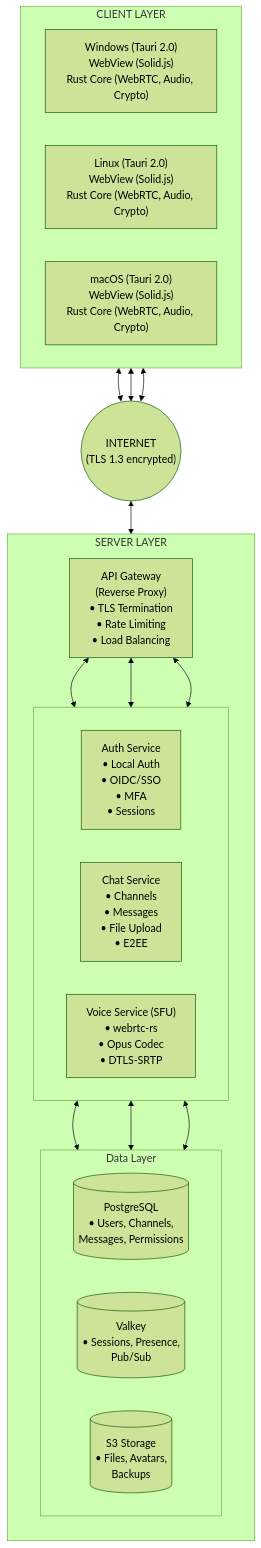
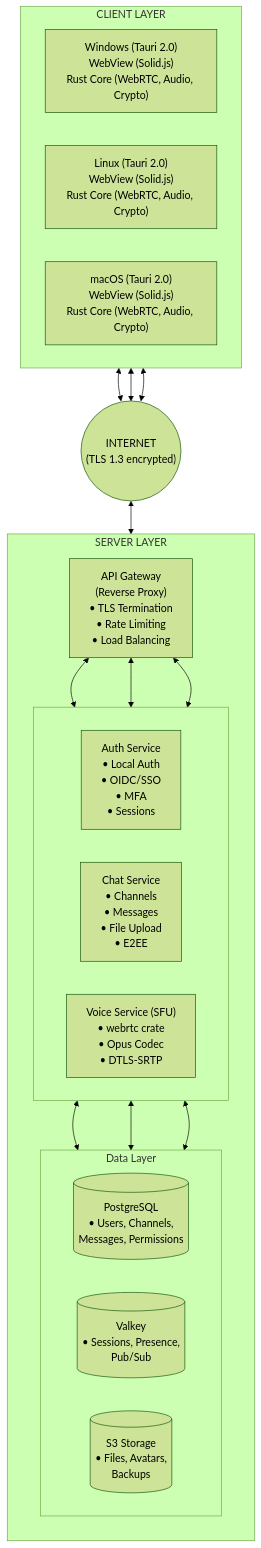
One commit to Detair/kaiku changed the first of 9 diagrams in docs/developer-guide/architecture/overview.md. Above: the diagram before and after it, drawn with Mermaid (forest theme). The commit also changed other lines of this file and 9 other files, not shown here.

First line of the commit message:
docs: fix documentation inconsistencies and update diagrams (#308)

````diff
--- a/docs/developer-guide/architecture/overview.md
+++ b/docs/developer-guide/architecture/overview.md
@@ -5,44 +5,44 @@
 ```mermaid
 flowchart TD
     subgraph ClientLayer ["CLIENT LAYER"]
         direction LR
         Win["Windows (Tauri 2.0)\nWebView (Solid.js)\nRust Core (WebRTC, Audio, Crypto)"]
         Lin["Linux (Tauri 2.0)\nWebView (Solid.js)\nRust Core (WebRTC, Audio, Crypto)"]
         Mac["macOS (Tauri 2.0)\nWebView (Solid.js)\nRust Core (WebRTC, Audio, Crypto)"]
     end
 
     Internet(("INTERNET\n(TLS 1.3 encrypted)"))
     
     Win <--> Internet
     Lin <--> Internet
     Mac <--> Internet
 
     subgraph ServerLayer ["SERVER LAYER"]
         direction TB
         Gateway["API Gateway\n(Reverse Proxy)\n• TLS Termination\n• Rate Limiting\n• Load Balancing"]
         
         subgraph Services [" "]
             direction LR
             Auth["Auth Service\n• Local Auth\n• OIDC/SSO\n• MFA\n• Sessions"]
             Chat["Chat Service\n• Channels\n• Messages\n• File Upload\n• E2EE"]
-            Voice["Voice Service (SFU)\n• webrtc-rs\n• Opus Codec\n• DTLS-SRTP"]
+            Voice["Voice Service (SFU)\n• webrtc crate\n• Opus Codec\n• DTLS-SRTP"]
         end
         
         Gateway <--> Auth
         Gateway <--> Chat
         Gateway <--> Voice
 
         subgraph DataLayer ["Data Layer"]
             direction LR
             PG[("PostgreSQL\n• Users, Channels,\nMessages, Permissions")]
             VK[("Valkey\n• Sessions, Presence,\nPub/Sub")]
             S3[("S3 Storage\n• Files, Avatars,\nBackups")]
         end
         
         Auth <--> DataLayer
         Chat <--> DataLayer
         Voice <--> DataLayer
     end
 
     Internet <--> Gateway
 ```
````
